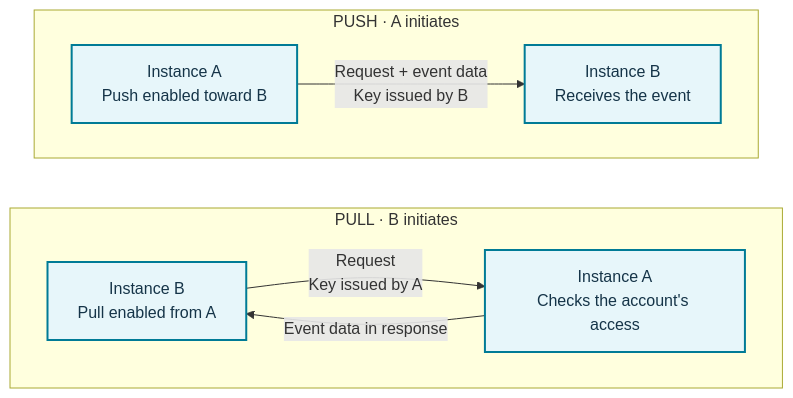
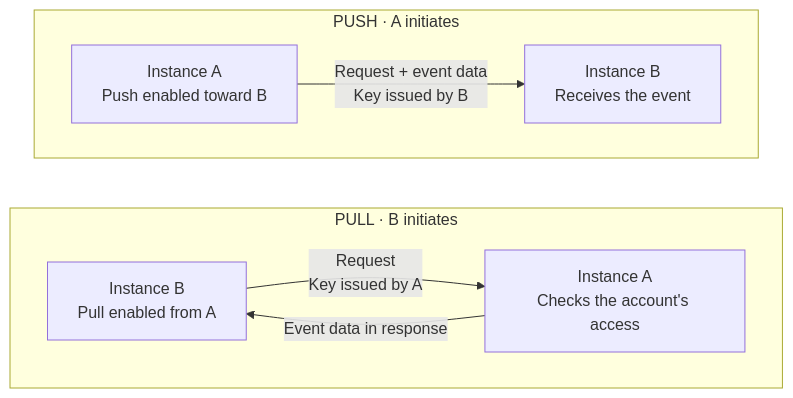
One commit to MISP/misp-book changed the diagram in sharing/figures/sync-directions.mmd. Above: the diagram before and after it, drawn with Mermaid. The commit also changed 43 other files, not shown here.

Commit message:
Apply a shared MISP theme and logo to all book diagrams

```diff
--- a/sharing/figures/sync-directions.mmd
+++ b/sharing/figures/sync-directions.mmd
@@ -1,15 +1,14 @@
 flowchart TB
   accTitle: Push and pull move the same data with different request initiators
   accDescr: For push, A initiates a request containing event data to B using a key issued by B. For pull, B initiates a request to A using a key issued by A, then A returns eligible event data to B. Each direction has independent configuration and filters.
   subgraph push["PUSH · A initiates"]
     direction LR
     PA["Instance A<br/>Push enabled toward B"] -->|"Request + event data<br/>Key issued by B"| PB["Instance B<br/>Receives the event"]
   end
   subgraph pull["PULL · B initiates"]
     direction LR
     RB["Instance B<br/>Pull enabled from A"] -->|"Request<br/>Key issued by A"| RA["Instance A<br/>Checks the account's access"]
     RA -->|"Event data in response"| RB
   end
   push ~~~ pull
-  classDef instance fill:#e7f6fa,stroke:#007b96,color:#153448,stroke-width:2px;
-  class PA,PB,RA,RB instance;
+  class PA,PB,RA,RB accent;
```
